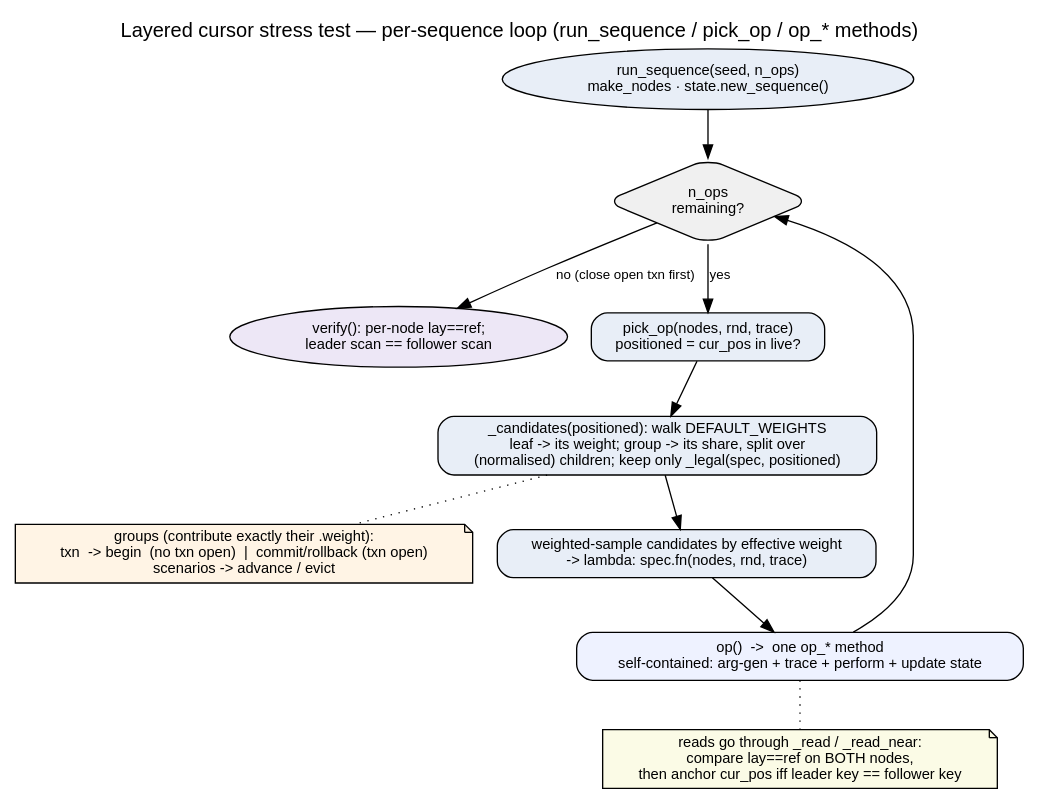
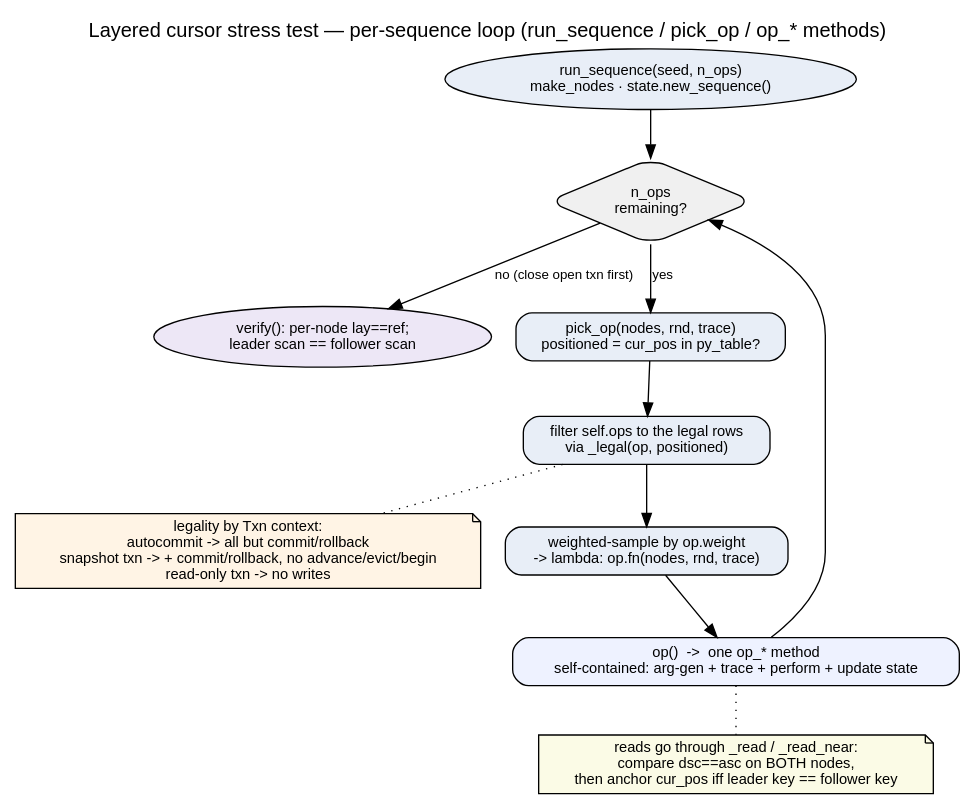
One commit to wiredtiger/wiredtiger changed the diagram in layered_cursor_stress_test_oploop.dot. Above: the diagram before and after it, drawn with Graphviz. The commit also changed 6 other files, not shown here.

First line of the commit message:
Cleanup pass: tighten comments, sync docs to flat Op-table model

```diff
--- a/layered_cursor_stress_test_oploop.dot
+++ b/layered_cursor_stress_test_oploop.dot
@@ -1,36 +1,36 @@
 // Layered cursor stress test -- per-sequence operation loop (config-driven generation).
 // Render:  dot -Tsvg layered_cursor_stress_test_oploop.dot -o arch_oploop.svg
 digraph layered_cursor_stress_oploop {
   rankdir=TB;
   fontname="Helvetica"; labelloc=t; fontsize=15;
   label="Layered cursor stress test — per-sequence loop (run_sequence / pick_op / op_* methods)";
   node [fontname="Helvetica", fontsize=11, shape=box, style="rounded,filled", fillcolor="#ffffff"];
   edge [fontname="Helvetica", fontsize=10];
 
   start  [shape=oval, fillcolor="#e8eef7", label="run_sequence(seed, n_ops)\nmake_nodes · state.new_sequence()"];
   loop   [shape=diamond, fillcolor="#f0f0f0", label="n_ops\nremaining?"];
   verify [shape=oval, fillcolor="#ede7f6", label="verify(): per-node lay==ref;\nleader scan == follower scan"];
 
-  // pick_op: the config-driven generator
-  mode   [fillcolor="#e8eef7", label="pick_op(nodes, rnd, trace)\npositioned = cur_pos in live?"];
-  cand   [fillcolor="#e8eef7", label="_candidates(positioned): walk DEFAULT_WEIGHTS\nleaf -> its weight; group -> its share, split over\n(normalised) children; keep only _legal(spec, positioned)"];
-  grp    [shape=note, fillcolor="#fff4e5", label="groups (contribute exactly their .weight):\n txn  -> begin  (no txn open)  |  commit/rollback (txn open)\n scenarios -> advance / evict"];
-  sample [fillcolor="#e8eef7", label="weighted-sample candidates by effective weight\n-> lambda: spec.fn(nodes, rnd, trace)"];
+  // pick_op: the flat-table generator
+  mode   [fillcolor="#e8eef7", label="pick_op(nodes, rnd, trace)\npositioned = cur_pos in py_table?"];
+  cand   [fillcolor="#e8eef7", label="filter self.ops to the legal rows\nvia _legal(op, positioned)"];
+  grp    [shape=note, fillcolor="#fff4e5", label="legality by Txn context:\n autocommit -> all but commit/rollback\n snapshot txn -> + commit/rollback, no advance/evict/begin\n read-only txn -> no writes"];
+  sample [fillcolor="#e8eef7", label="weighted-sample by op.weight\n-> lambda: op.fn(nodes, rnd, trace)"];
 
   // the callable runs one op_* method (which updates self.state)
   run    [fillcolor="#eef2ff", label="op()  ->  one op_* method\nself-contained: arg-gen + trace + perform + update state"];
 
   start -> loop;
   loop  -> mode   [label="yes"];
   loop  -> verify [label="no (close open txn first)"];
 
   mode -> cand;
   cand -> grp [style=dotted, arrowhead=none];
   cand -> sample;
   sample -> run;
   run    -> loop;
 
   // note on the oracle
-  note [shape=note, fillcolor="#fbfbe6", label="reads go through _read / _read_near:\ncompare lay==ref on BOTH nodes,\nthen anchor cur_pos iff leader key == follower key"];
+  note [shape=note, fillcolor="#fbfbe6", label="reads go through _read / _read_near:\ncompare dsc==asc on BOTH nodes,\nthen anchor cur_pos iff leader key == follower key"];
   run -> note [style=dotted, arrowhead=none];
 }
```
